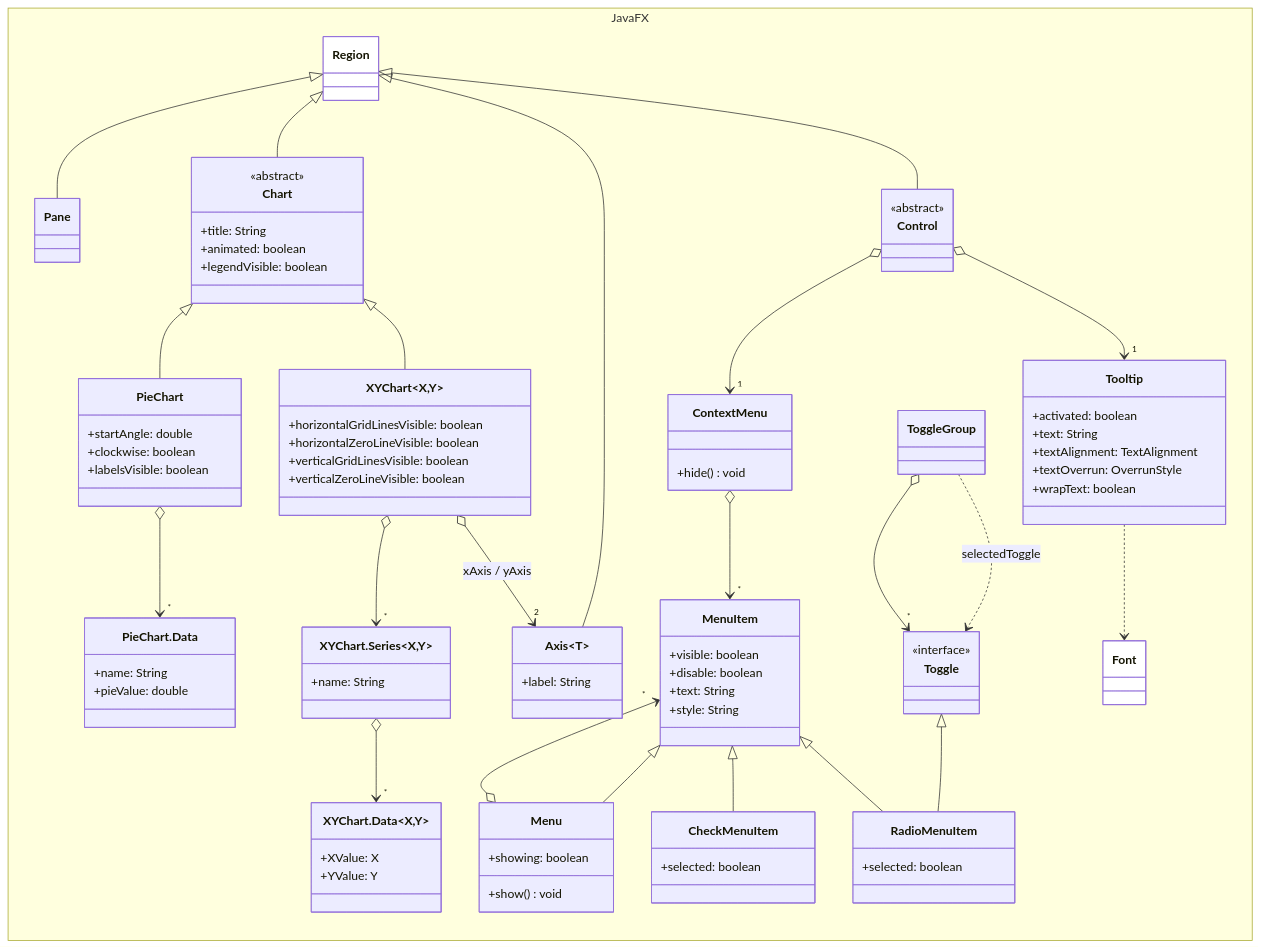
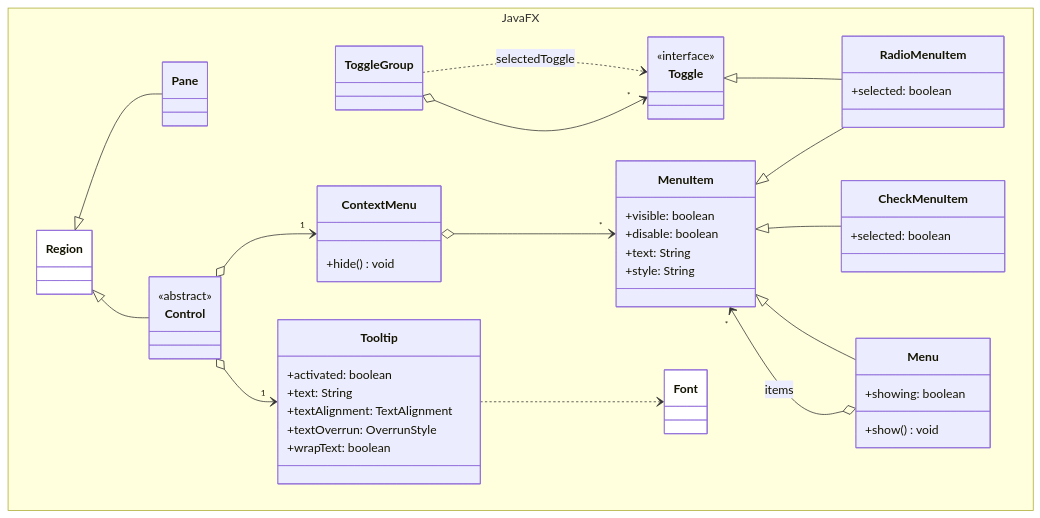
Before and after one commit to ghackenberg/kurs-java-programmierung: the diagram in Grafiken/JavaFX/Region.mmd, drawn with Mermaid. The commit also changed 82 other files, not shown here.

```diff
--- a/Grafiken/JavaFX/Region.mmd
+++ b/Grafiken/JavaFX/Region.mmd
@@ -1,137 +1,84 @@
 classDiagram
-
-    direction LR
 
     namespace JavaFX {
 
         class Region {
             
         }
 
         class Pane {
 
-        }
-
-        class Chart {
-            <<abstract>>
-            +title: String
-            +animated: boolean
-            +legendVisible: boolean
-        }
-
-        class PieChart {
-            +startAngle: double
-            +clockwise: boolean
-            +labelsVisible: boolean
-        }
-
-        class PieChartData["PieChart.Data"] {
-            +name: String
-            +pieValue: double
-        }
-
-        class XYChart["XYChart&lt;X,Y&gt;"] {
-            +horizontalGridLinesVisible: boolean
-            +horizontalZeroLineVisible: boolean
-            +verticalGridLinesVisible: boolean
-            +verticalZeroLineVisible: boolean
-        }
-
-        class XYChartSeries["XYChart.Series&lt;X,Y&gt;"] {
-            +name: String
-        }
-
-        class XYChartData["XYChart.Data&lt;X,Y&gt;"] {
-            +XValue: X
-            +YValue: Y
-        }
-
-        class Axis["Axis&lt;T&gt;"] {
-            +label: String
         }
 
         class Control {
             <<abstract>>
         }
 
         class ContextMenu {
             +hide() void
         }
 
         class MenuItem {
             +visible: boolean
             +disable: boolean
             +text: String
             +style: String
         }
 
         class Menu {
             +showing: boolean
             +show() void
         }
 
         class CheckMenuItem {
             +selected: boolean
         }
 
         class RadioMenuItem {
             +selected: boolean
         }
 
         class ToggleGroup {
 
         }
 
         class Toggle {
             <<interface>>
         }
 
         class Tooltip {
             +activated: boolean
             +text: String
             +textAlignment: TextAlignment
             +textOverrun: OverrunStyle
             +wrapText: boolean
         }
 
         class Font {
 
         }
 
     }
 
     Region <|-- Pane
-    Region <|-- Chart
-    Region <|-- Axis
     Region <|-- Control
-
-    Chart <|-- PieChart
-    Chart <|-- XYChart
-
-    PieChart o-->"*" PieChartData
-
-    XYChart o-->"*" XYChartSeries
-
-    XYChartSeries o-->"*" XYChartData
-
-    XYChart o-->"2" Axis: xAxis / yAxis
 
     Control o-->"1" ContextMenu
     Control o-->"1" Tooltip
 
     ContextMenu o-->"*" MenuItem
 
-    MenuItem "*"<--o Menu
+    MenuItem <|-- RadioMenuItem
+    MenuItem <|-- CheckMenuItem
+    MenuItem "*"<--o Menu: items
     MenuItem <|-- Menu
-    MenuItem <|-- CheckMenuItem
-    MenuItem <|-- RadioMenuItem
 
     ToggleGroup o-->"*" Toggle
     ToggleGroup ..> Toggle: selectedToggle
 
     Toggle <|-- RadioMenuItem
 
     Tooltip ..> Font
 
     style Region fill:white
     style Font fill:white
```
